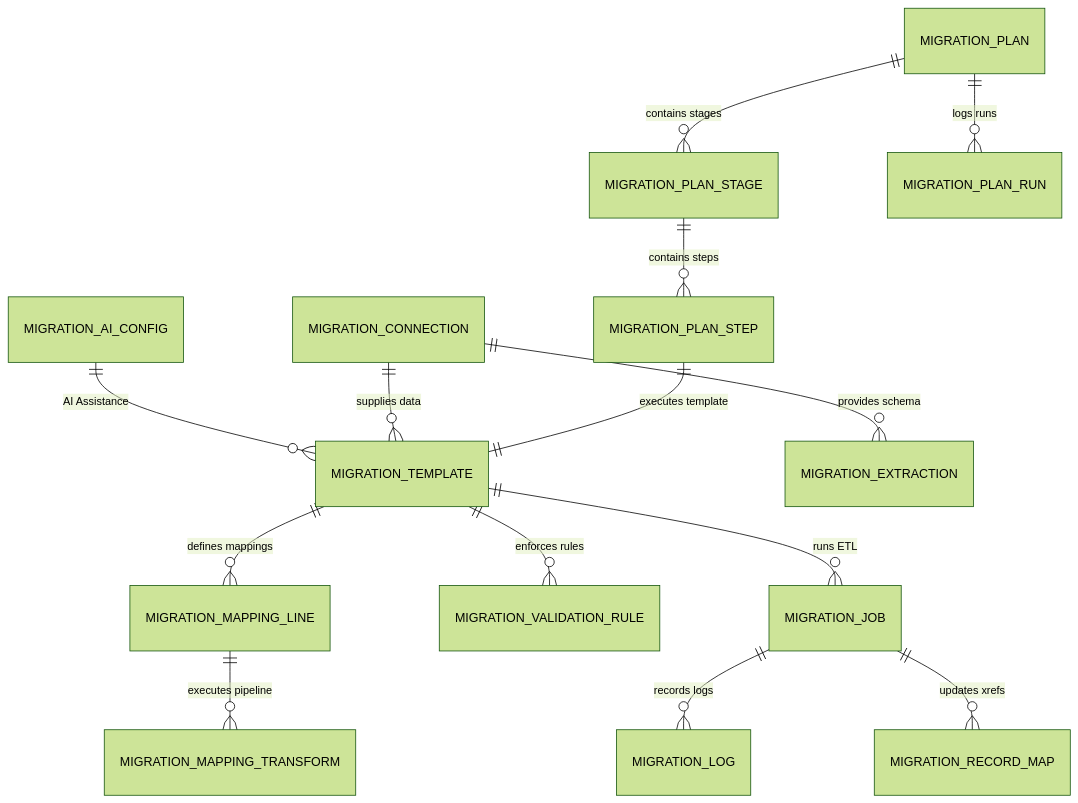
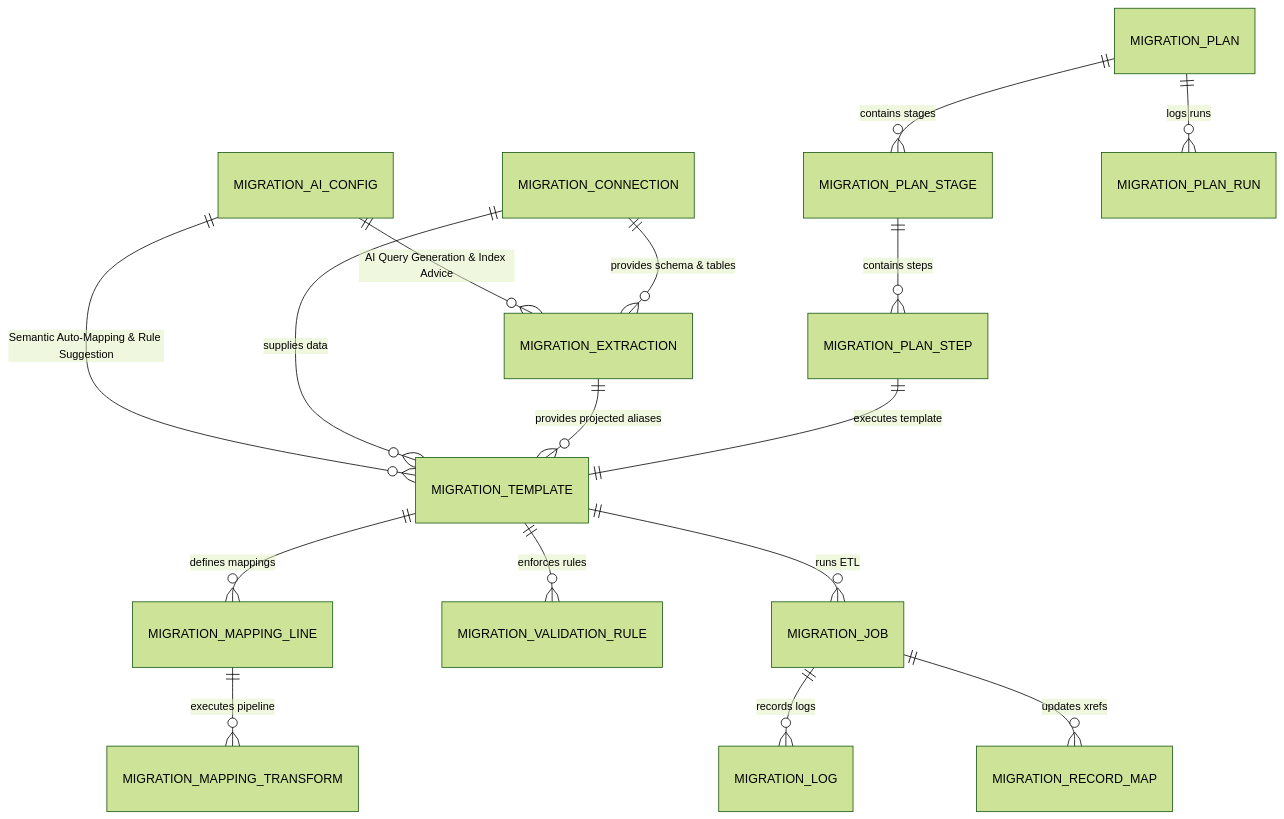
One commit to nonnatee/data_migration changed the diagram in doc/developer_guide.md. Above: the diagram before and after it, drawn with Mermaid (forest theme). The commit also changed other lines of this file and 20 other files, not shown here.

Commit message:
feat: initialize data migration module with ETL framework, AI-assisted extraction tools, and OWL 3 visual query builder

````diff
--- a/doc/developer_guide.md
+++ b/doc/developer_guide.md
@@ -57,16 +63,18 @@
 ```mermaid
 erDiagram
-    MIGRATION_AI_CONFIG ||--o{ MIGRATION_TEMPLATE : "AI Assistance"
-    MIGRATION_CONNECTION ||--o{ MIGRATION_EXTRACTION : "provides schema"
+    MIGRATION_AI_CONFIG ||--o{ MIGRATION_EXTRACTION : "AI Query Generation & Index Advice"
+    MIGRATION_AI_CONFIG ||--o{ MIGRATION_TEMPLATE : "Semantic Auto-Mapping & Rule Suggestion"
+    MIGRATION_CONNECTION ||--o{ MIGRATION_EXTRACTION : "provides schema & tables"
     MIGRATION_CONNECTION ||--o{ MIGRATION_TEMPLATE : "supplies data"
+    MIGRATION_EXTRACTION ||--o{ MIGRATION_TEMPLATE : "provides projected aliases"
     MIGRATION_TEMPLATE ||--o{ MIGRATION_MAPPING_LINE : "defines mappings"
     MIGRATION_TEMPLATE ||--o{ MIGRATION_VALIDATION_RULE : "enforces rules"
     MIGRATION_MAPPING_LINE ||--o{ MIGRATION_MAPPING_TRANSFORM : "executes pipeline"
     MIGRATION_TEMPLATE ||--o{ MIGRATION_JOB : "runs ETL"
     MIGRATION_JOB ||--o{ MIGRATION_LOG : "records logs"
     MIGRATION_JOB ||--o{ MIGRATION_RECORD_MAP : "updates xrefs"
     MIGRATION_PLAN ||--o{ MIGRATION_PLAN_STAGE : "contains stages"
     MIGRATION_PLAN_STAGE ||--o{ MIGRATION_PLAN_STEP : "contains steps"
     MIGRATION_PLAN_STEP ||--|| MIGRATION_TEMPLATE : "executes template"
     MIGRATION_PLAN ||--o{ MIGRATION_PLAN_RUN : "logs runs"
 ```
````
